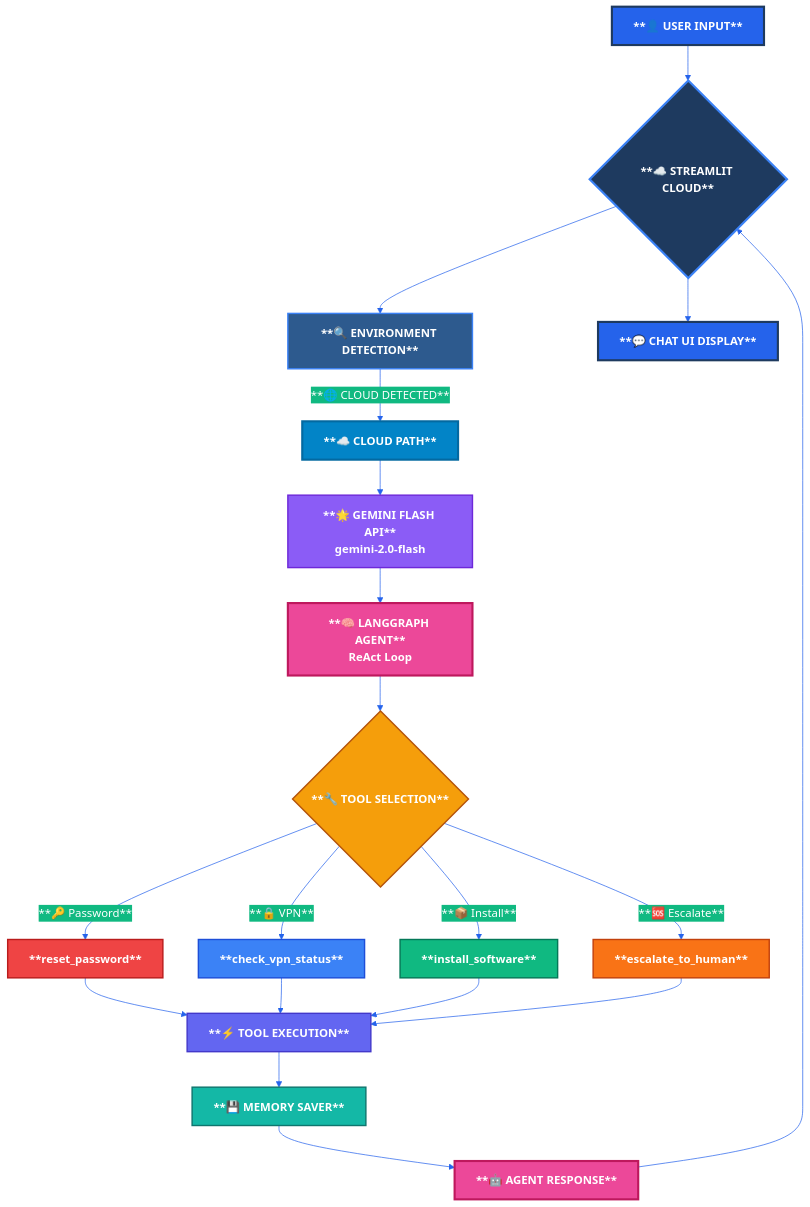
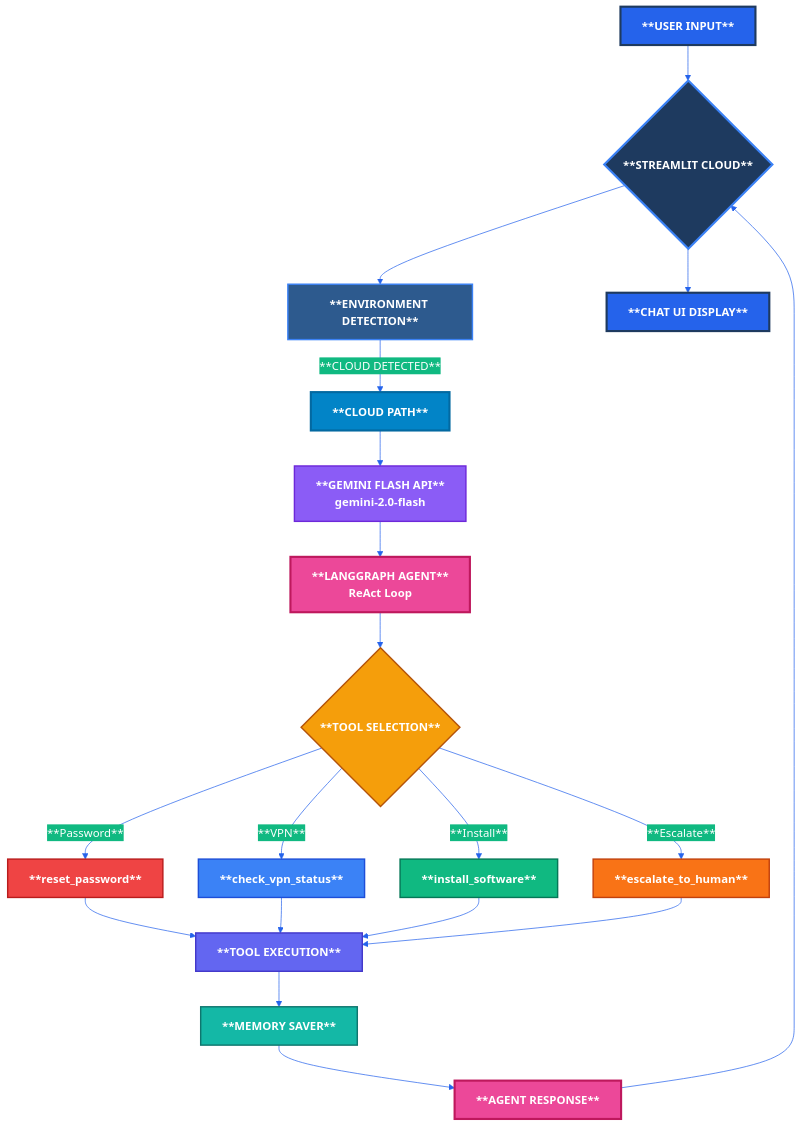
Before and after one commit to UzairRan/nexus-it-assistant: the second of 4 diagrams in README.md, drawn with Mermaid. The commit also changed other lines of this file, not shown here.

````diff
--- a/README.md
+++ b/README.md
@@ -85,35 +85,35 @@
 ```mermaid
 %%{init: {'theme': 'base', 'themeVariables': { 'primaryColor': '#1E3A5F', 'primaryTextColor': '#FFFFFF', 'primaryBorderColor': '#3B82F6', 'lineColor': '#2563EB', 'secondaryColor': '#10B981', 'tertiaryColor': '#F8FAFC', 'tertiaryTextColor': '#1E293B', 'fontFamily': 'Arial, sans-serif', 'fontSize': '16px', 'fontWeight': 'bold'}}}%%
 flowchart TD
-    A[**👤 USER INPUT**] --> B{**☁️ STREAMLIT CLOUD**}
-    B --> C[**🔍 ENVIRONMENT DETECTION**]
-    C -->|**🌐 CLOUD DETECTED**| D[**☁️ CLOUD PATH**]
-    D --> E[**🌟 GEMINI FLASH API**<br/>gemini-2.0-flash]
-    E --> F[**🧠 LANGGRAPH AGENT**<br/>ReAct Loop]
-    F --> G{**🔧 TOOL SELECTION**}
-    G -->|**🔑 Password**| H[**reset_password**]
-    G -->|**🔒 VPN**| I[**check_vpn_status**]
-    G -->|**📦 Install**| J[**install_software**]
-    G -->|**🆘 Escalate**| K[**escalate_to_human**]
-    H & I & J & K --> L[**⚡ TOOL EXECUTION**]
-    L --> M[**💾 MEMORY SAVER**]
-    M --> N[**🤖 AGENT RESPONSE**]
+    A[**USER INPUT**] --> B{**STREAMLIT CLOUD**}
+    B --> C[**ENVIRONMENT DETECTION**]
+    C -->|**CLOUD DETECTED**| D[**CLOUD PATH**]
+    D --> E[**GEMINI FLASH API**<br/>gemini-2.0-flash]
+    E --> F[**LANGGRAPH AGENT**<br/>ReAct Loop]
+    F --> G{**TOOL SELECTION**}
+    G -->|**Password**| H[**reset_password**]
+    G -->|**VPN**| I[**check_vpn_status**]
+    G -->|**Install**| J[**install_software**]
+    G -->|**Escalate**| K[**escalate_to_human**]
+    H & I & J & K --> L[**TOOL EXECUTION**]
+    L --> M[**MEMORY SAVER**]
+    M --> N[**AGENT RESPONSE**]
     N --> B
-    B --> O[**💬 CHAT UI DISPLAY**]
+    B --> O[**CHAT UI DISPLAY**]
 
     style A fill:#2563EB,stroke:#1E3A5F,stroke-width:3px,color:#FFFFFF,font-weight:bold
     style B fill:#1E3A5F,stroke:#3B82F6,stroke-width:3px,color:#FFFFFF,font-weight:bold
     style C fill:#2D5A8E,stroke:#3B82F6,stroke-width:2px,color:#FFFFFF,font-weight:bold
     style D fill:#0284C7,stroke:#0369A1,stroke-width:3px,color:#FFFFFF,font-weight:bold
     style E fill:#8B5CF6,stroke:#6D28D9,stroke-width:2px,color:#FFFFFF,font-weight:bold
     style F fill:#EC4899,stroke:#BE185D,stroke-width:3px,color:#FFFFFF,font-weight:bold
     style G fill:#F59E0B,stroke:#B45309,stroke-width:2px,color:#FFFFFF,font-weight:bold
     style H fill:#EF4444,stroke:#B91C1C,stroke-width:2px,color:#FFFFFF,font-weight:bold
     style I fill:#3B82F6,stroke:#1D4ED8,stroke-width:2px,color:#FFFFFF,font-weight:bold
     style J fill:#10B981,stroke:#047857,stroke-width:2px,color:#FFFFFF,font-weight:bold
     style K fill:#F97316,stroke:#C2410C,stroke-width:2px,color:#FFFFFF,font-weight:bold
     style L fill:#6366F1,stroke:#4338CA,stroke-width:2px,color:#FFFFFF,font-weight:bold
     style M fill:#14B8A6,stroke:#0F766E,stroke-width:2px,color:#FFFFFF,font-weight:bold
     style N fill:#EC4899,stroke:#BE185D,stroke-width:3px,color:#FFFFFF,font-weight:bold
-    style O fill:#2563EB,stroke:#1E3A5F,stroke-width:3px,color:#FFFFFF,font-weight:bold 
+    style O fill:#2563EB,stroke:#1E3A5F,stroke-width:3px,color:#FFFFFF,font-weight:bold
 ```
````
